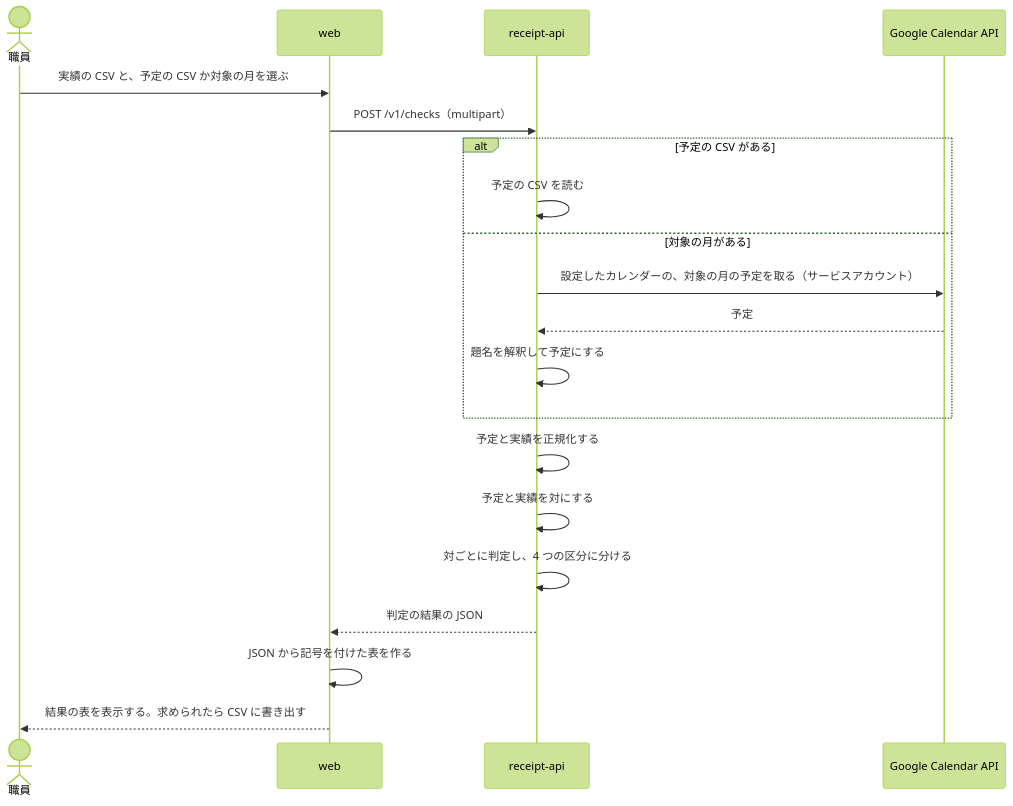
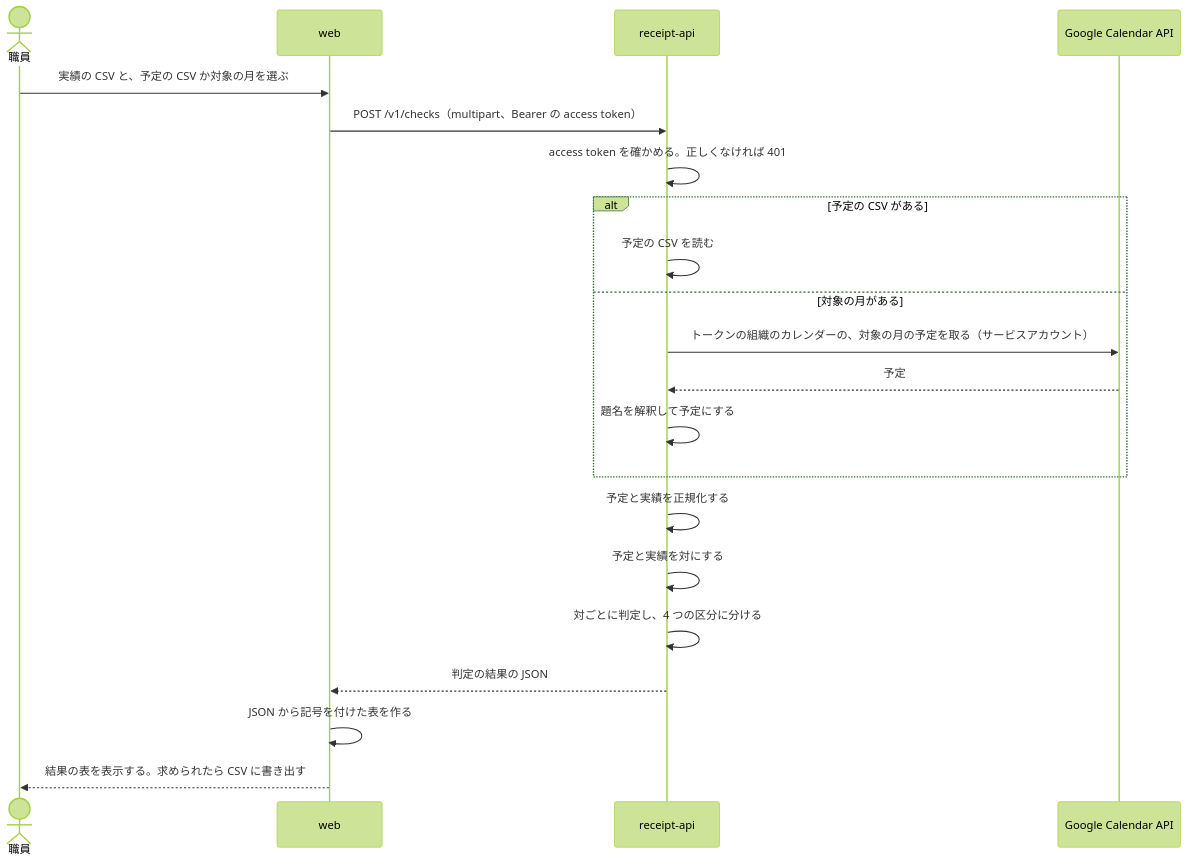
The diagram in apps/receipt-api/DesignDoc.md (Fukuemon/buddy), drawn with Mermaid (forest theme) before and after one commit. The commit also changed other lines of this file and 6 other files, not shown here.

````diff
--- a/apps/receipt-api/DesignDoc.md
+++ b/apps/receipt-api/DesignDoc.md
@@ -54,23 +54,24 @@
 ```mermaid
 sequenceDiagram
   actor S as 職員
   participant W as web
   participant R as receipt-api
   participant G as Google Calendar API
 
   S->>W: 実績の CSV と、予定の CSV か対象の月を選ぶ
-  W->>R: POST /v1/checks（multipart）
+  W->>R: POST /v1/checks（multipart、Bearer の access token）
+  R->>R: access token を確かめる。正しくなければ 401
   alt 予定の CSV がある
     R->>R: 予定の CSV を読む
   else 対象の月がある
-    R->>G: 設定したカレンダーの、対象の月の予定を取る（サービスアカウント）
+    R->>G: トークンの組織のカレンダーの、対象の月の予定を取る（サービスアカウント）
     G-->>R: 予定
     R->>R: 題名を解釈して予定にする
   end
   R->>R: 予定と実績を正規化する
   R->>R: 予定と実績を対にする
   R->>R: 対ごとに判定し、4 つの区分に分ける
   R-->>W: 判定の結果の JSON
   W->>W: JSON から記号を付けた表を作る
   W-->>S: 結果の表を表示する。求められたら CSV に書き出す
 ```
````
